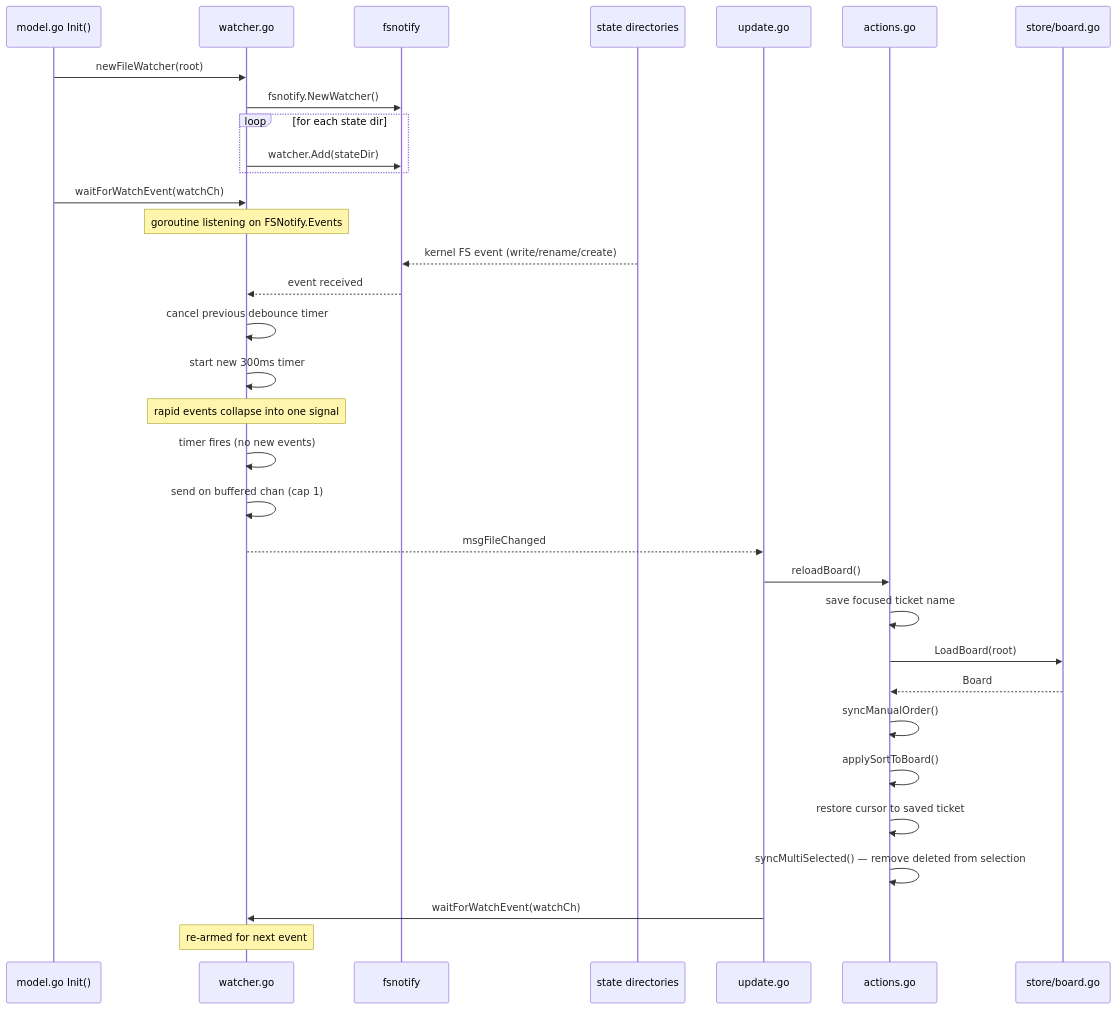
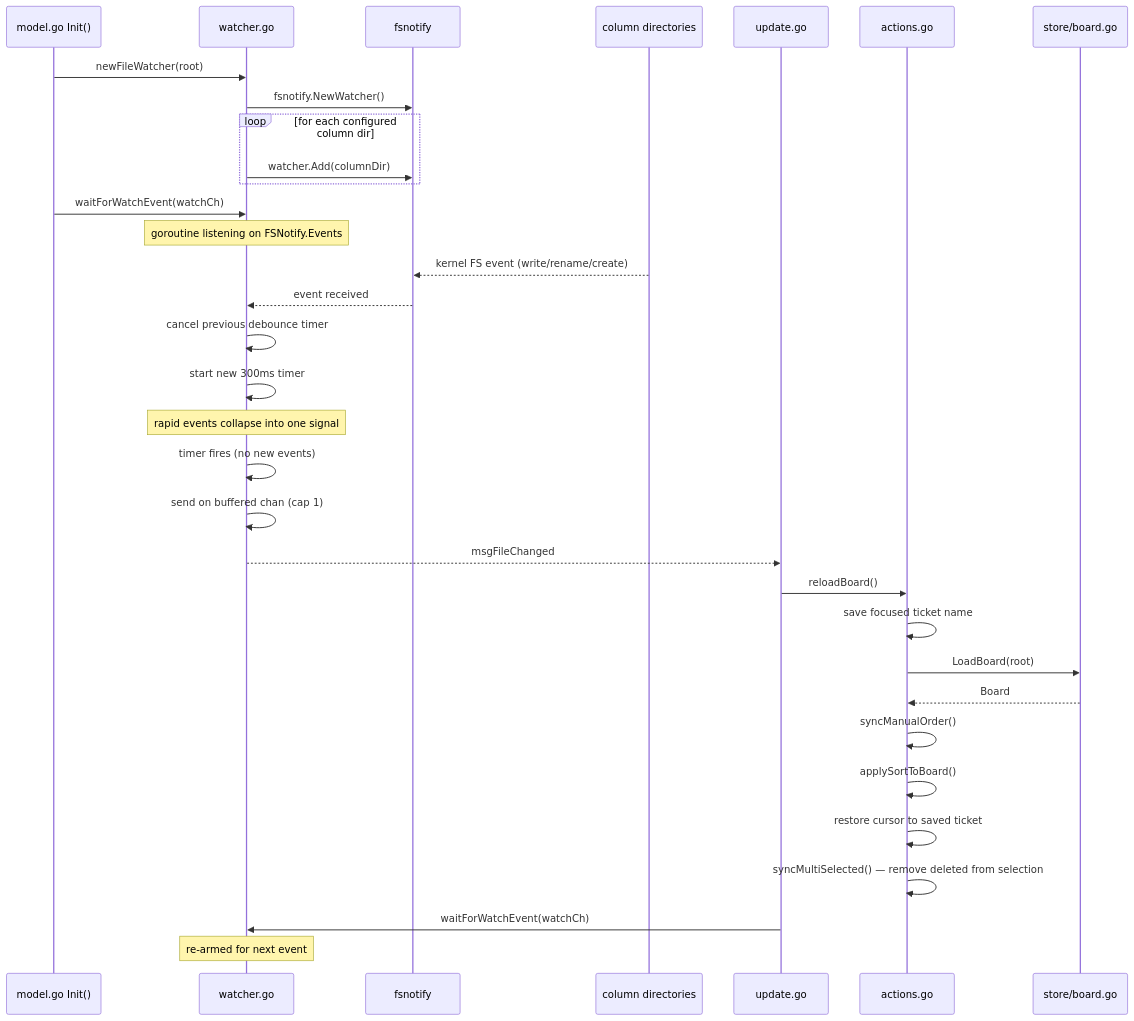
One commit to dawidsok/tickcats changed the third of 3 diagrams in docs/flows/file-watching.md. Above: the diagram before and after it, drawn with Mermaid. The commit also changed other lines of this file and 29 other files, not shown here.

````diff
--- a/docs/flows/file-watching.md
+++ b/docs/flows/file-watching.md
@@ -55,40 +55,40 @@
 ```mermaid
 sequenceDiagram
     participant Init as model.go Init()
     participant Watcher as watcher.go
     participant FSNotify as fsnotify
-    participant FS as state directories
+    participant FS as column directories
     participant Update as update.go
     participant Actions as actions.go
     participant Store as store/board.go
 
     Init->>Watcher: newFileWatcher(root)
     Watcher->>FSNotify: fsnotify.NewWatcher()
-    loop for each state dir
-        Watcher->>FSNotify: watcher.Add(stateDir)
+    loop for each configured column dir
+        Watcher->>FSNotify: watcher.Add(columnDir)
     end
     Init->>Watcher: waitForWatchEvent(watchCh)
     Note over Watcher: goroutine listening on FSNotify.Events
 
     FS-->>FSNotify: kernel FS event (write/rename/create)
     FSNotify-->>Watcher: event received
     Watcher->>Watcher: cancel previous debounce timer
     Watcher->>Watcher: start new 300ms timer
     Note over Watcher: rapid events collapse into one signal
 
     Watcher->>Watcher: timer fires (no new events)
     Watcher->>Watcher: send on buffered chan (cap 1)
     Watcher-->>Update: msgFileChanged
 
     Update->>Actions: reloadBoard()
     Actions->>Actions: save focused ticket name
     Actions->>Store: LoadBoard(root)
     Store-->>Actions: Board
     Actions->>Actions: syncManualOrder()
     Actions->>Actions: applySortToBoard()
     Actions->>Actions: restore cursor to saved ticket
     Actions->>Actions: syncMultiSelected() — remove deleted from selection
 
     Update->>Watcher: waitForWatchEvent(watchCh)
     Note over Watcher: re-armed for next event
 ```
````
